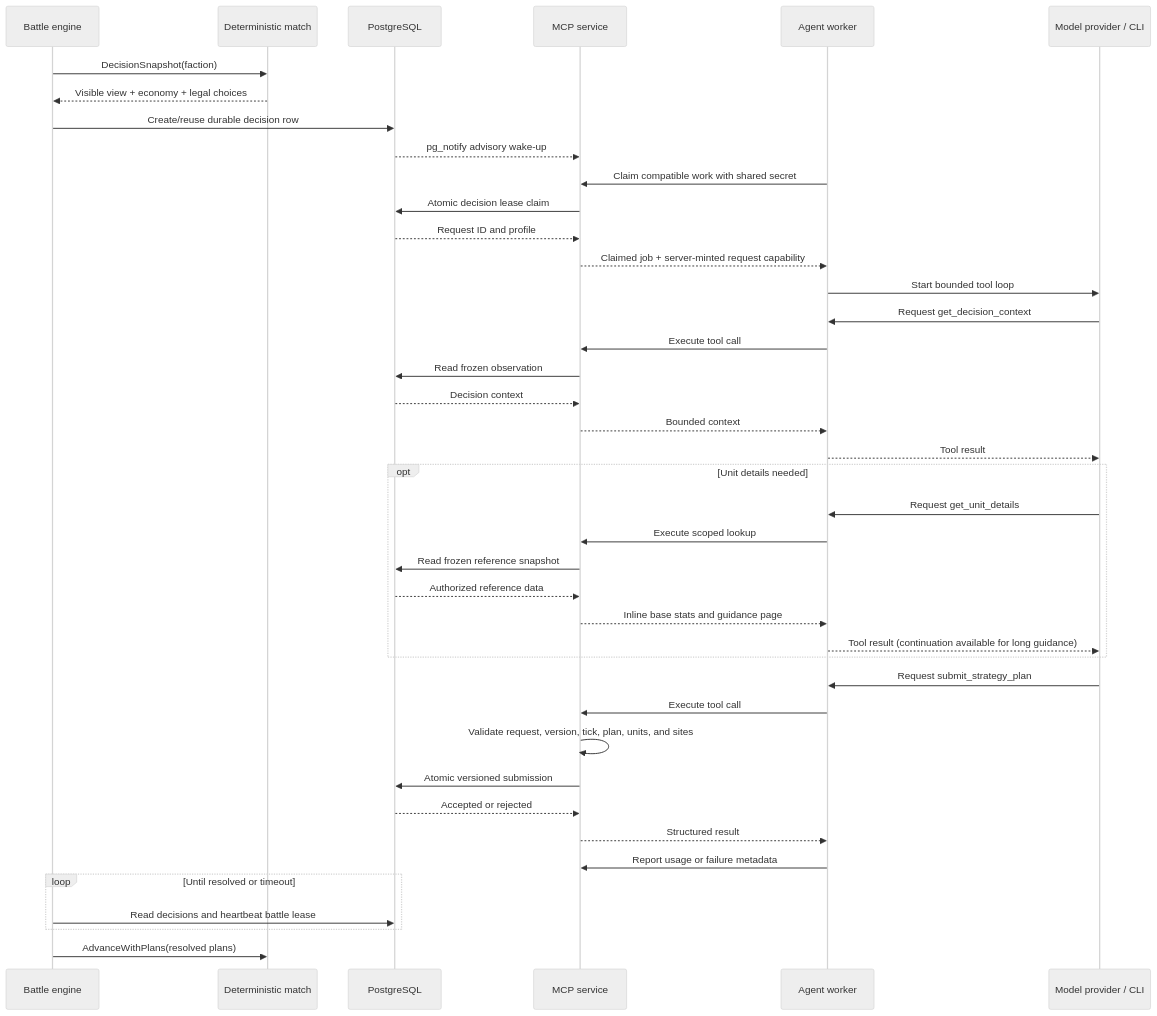
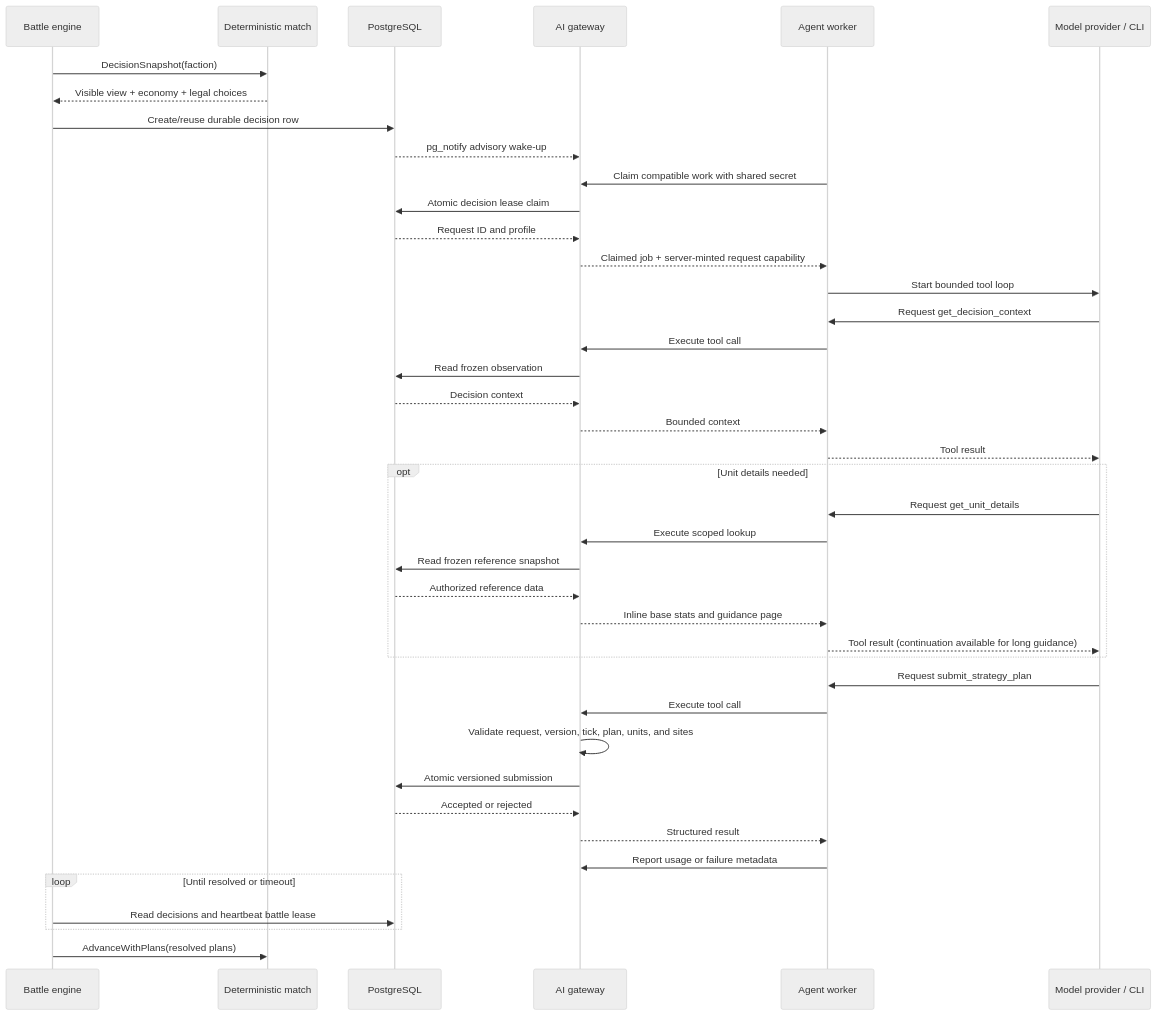
The third of 4 diagrams in docs/architecture/system-architecture.md (twhAuto/autonomous_battlefield), drawn with Mermaid (neutral theme) before and after one commit. The commit also changed other lines of this file and 62 other files, not shown here.

First line of the commit message:
refactor: rename the MCP service to the AI gateway

````diff
--- a/docs/architecture/system-architecture.md
+++ b/docs/architecture/system-architecture.md
@@ -320,44 +320,44 @@
 ```mermaid
 sequenceDiagram
     participant Engine as Battle engine
     participant Match as Deterministic match
     participant DB as PostgreSQL
-    participant MCP as MCP service
+    participant Gateway as AI gateway
     participant Agent as Agent worker
     participant Model as Model provider / CLI
 
     Engine->>Match: DecisionSnapshot(faction)
     Match-->>Engine: Visible view + economy + legal choices
     Engine->>DB: Create/reuse durable decision row
-    DB-->>MCP: pg_notify advisory wake-up
-    Agent->>MCP: Claim compatible work with shared secret
-    MCP->>DB: Atomic decision lease claim
-    DB-->>MCP: Request ID and profile
-    MCP-->>Agent: Claimed job + server-minted request capability
+    DB-->>Gateway: pg_notify advisory wake-up
+    Agent->>Gateway: Claim compatible work with shared secret
+    Gateway->>DB: Atomic decision lease claim
+    DB-->>Gateway: Request ID and profile
+    Gateway-->>Agent: Claimed job + server-minted request capability
     Agent->>Model: Start bounded tool loop
     Model->>Agent: Request get_decision_context
-    Agent->>MCP: Execute tool call
-    MCP->>DB: Read frozen observation
-    DB-->>MCP: Decision context
-    MCP-->>Agent: Bounded context
+    Agent->>Gateway: Execute tool call
+    Gateway->>DB: Read frozen observation
+    DB-->>Gateway: Decision context
+    Gateway-->>Agent: Bounded context
     Agent-->>Model: Tool result
     opt Unit details needed
         Model->>Agent: Request get_unit_details
-        Agent->>MCP: Execute scoped lookup
-        MCP->>DB: Read frozen reference snapshot
-        DB-->>MCP: Authorized reference data
-        MCP-->>Agent: Inline base stats and guidance page
+        Agent->>Gateway: Execute scoped lookup
+        Gateway->>DB: Read frozen reference snapshot
+        DB-->>Gateway: Authorized reference data
+        Gateway-->>Agent: Inline base stats and guidance page
         Agent-->>Model: Tool result (continuation available for long guidance)
     end
     Model->>Agent: Request submit_strategy_plan
-    Agent->>MCP: Execute tool call
-    MCP->>MCP: Validate request, version, tick, plan, units, and sites
-    MCP->>DB: Atomic versioned submission
-    DB-->>MCP: Accepted or rejected
-    MCP-->>Agent: Structured result
-    Agent->>MCP: Report usage or failure metadata
+    Agent->>Gateway: Execute tool call
+    Gateway->>Gateway: Validate request, version, tick, plan, units, and sites
+    Gateway->>DB: Atomic versioned submission
+    DB-->>Gateway: Accepted or rejected
+    Gateway-->>Agent: Structured result
+    Agent->>Gateway: Report usage or failure metadata
     loop Until resolved or timeout
         Engine->>DB: Read decisions and heartbeat battle lease
     end
     Engine->>Match: AdvanceWithPlans(resolved plans)
 ```
````
